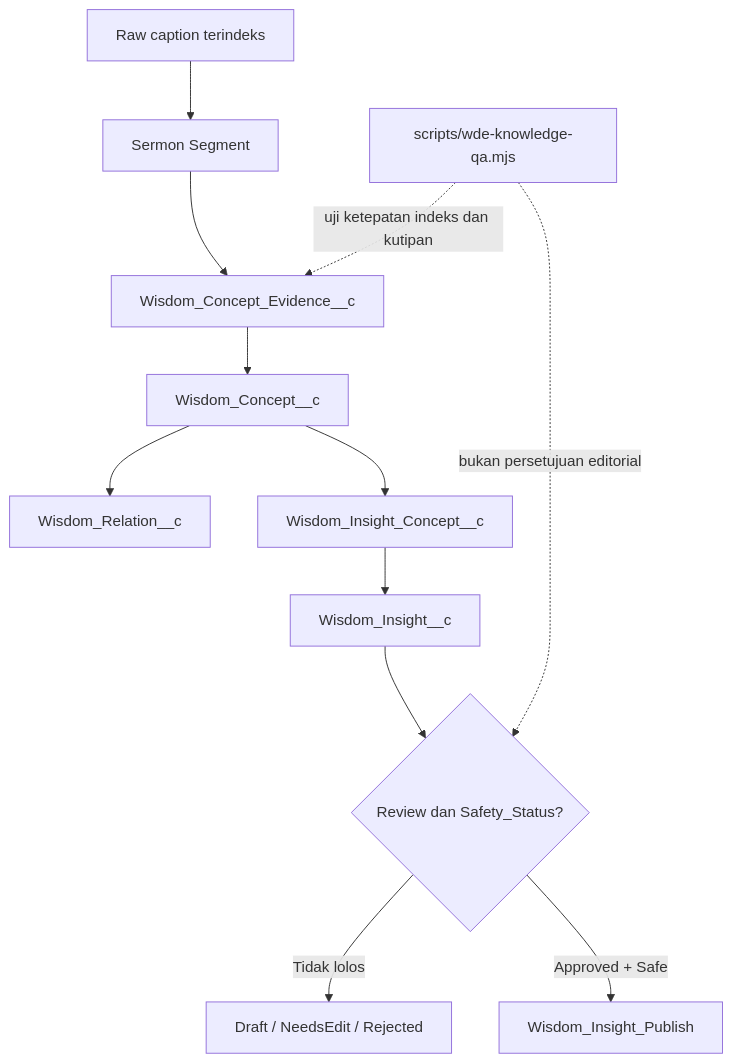
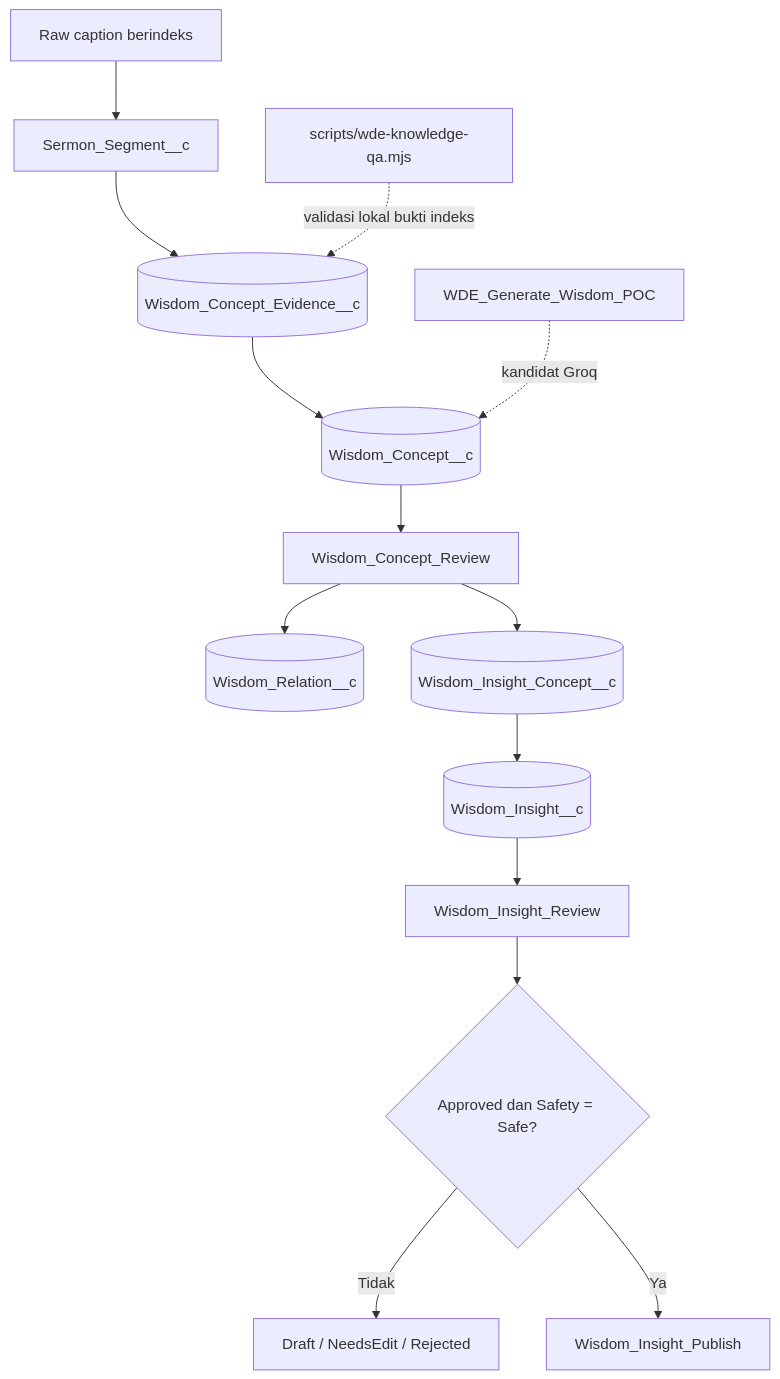
One commit to jimmytobing/Syntetic-Wisdom changed diagram 11 of 28 in SADD-WDE.md. Above: the diagram before and after it, drawn with Mermaid. The commit also changed other lines of this file, not shown here.

Commit message:
docs(wde): align visual SADD with two-workflow cleanup and label all Salesforce flows

````diff
--- a/SADD-WDE.md
+++ b/SADD-WDE.md
@@ -229,14 +233,16 @@
 ```mermaid
-flowchart TD
-  R["Raw caption terindeks"] --> SEGS["Sermon Segment"]
-  SEGS --> EVID["Wisdom_Concept_Evidence__c"]
-  EVID --> CONCEPT["Wisdom_Concept__c"]
-  CONCEPT --> REL["Wisdom_Relation__c"]
-  CONCEPT --> JOIN["Wisdom_Insight_Concept__c"]
-  JOIN --> INSIGHT["Wisdom_Insight__c"]
-  INSIGHT --> HUMAN{"Review dan Safety_Status?"}
-  HUMAN -- "Tidak lolos" --> HOLD["Draft / NeedsEdit / Rejected"]
-  HUMAN -- "Approved + Safe" --> PUBLISH["Wisdom_Insight_Publish"]
-  QA["scripts/wde-knowledge-qa.mjs"] -. "uji ketepatan indeks dan kutipan" .-> EVID
-  QA -. "bukan persetujuan editorial" .-> HUMAN
+flowchart TB
+  RAW["Raw caption berindeks"] --> SEG["Sermon_Segment__c"]
+  SEG --> EVID[("Wisdom_Concept_Evidence__c")]
+  EVID --> CONCEPT[("Wisdom_Concept__c")]
+  POC["WDE_Generate_Wisdom_POC"] -. "kandidat Groq" .-> CONCEPT
+  CONCEPT --> REVIEW["Wisdom_Concept_Review"]
+  REVIEW --> REL[("Wisdom_Relation__c")]
+  REVIEW --> JOIN[("Wisdom_Insight_Concept__c")]
+  JOIN --> INSIGHT[("Wisdom_Insight__c")]
+  INSIGHT --> IR["Wisdom_Insight_Review"]
+  IR --> GATE{"Approved dan Safety = Safe?"}
+  GATE -- "Tidak" --> HOLD["Draft / NeedsEdit / Rejected"]
+  GATE -- "Ya" --> PUB["Wisdom_Insight_Publish"]
+  QA["scripts/wde-knowledge-qa.mjs"] -. "validasi lokal bukti indeks" .-> EVID
 ```
````
